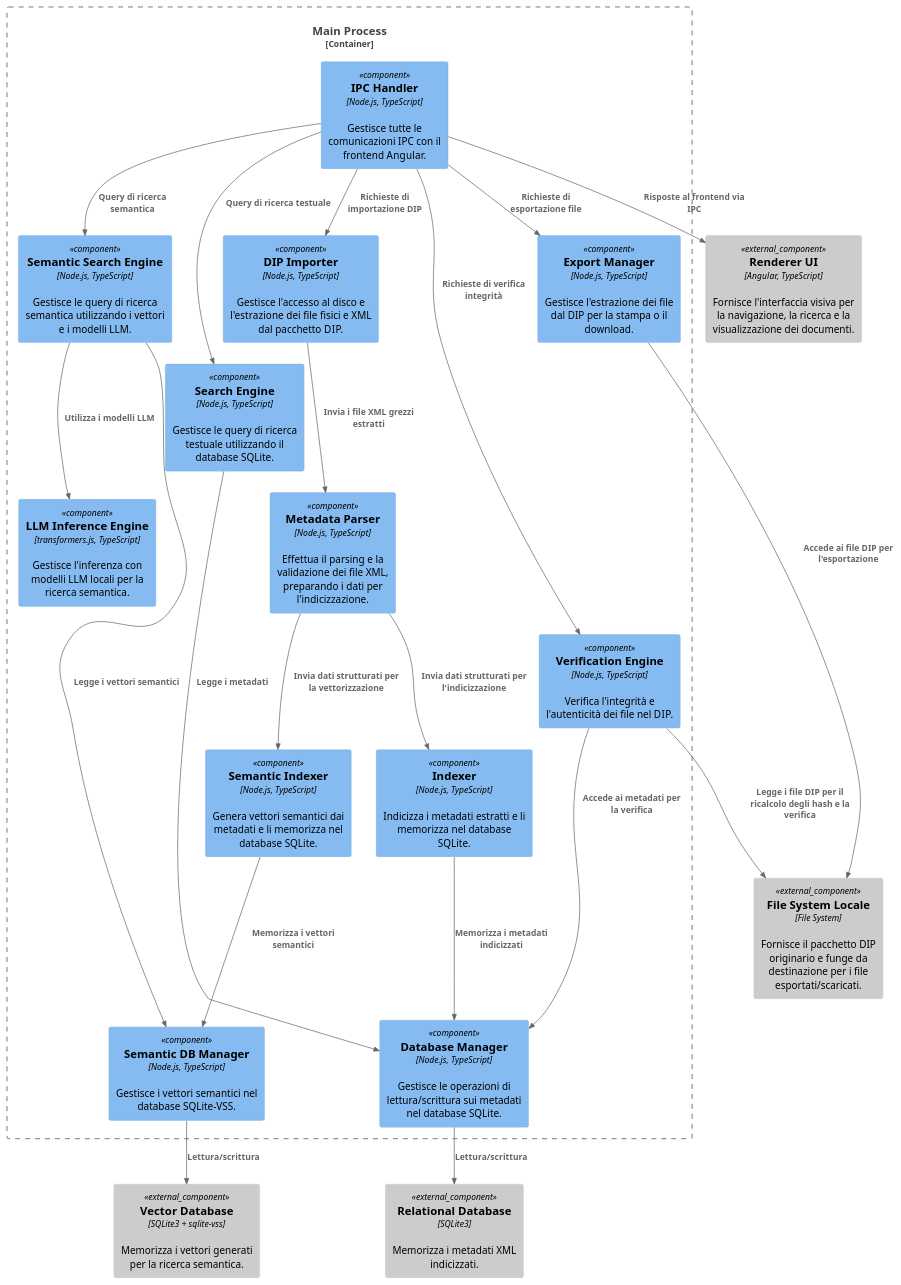
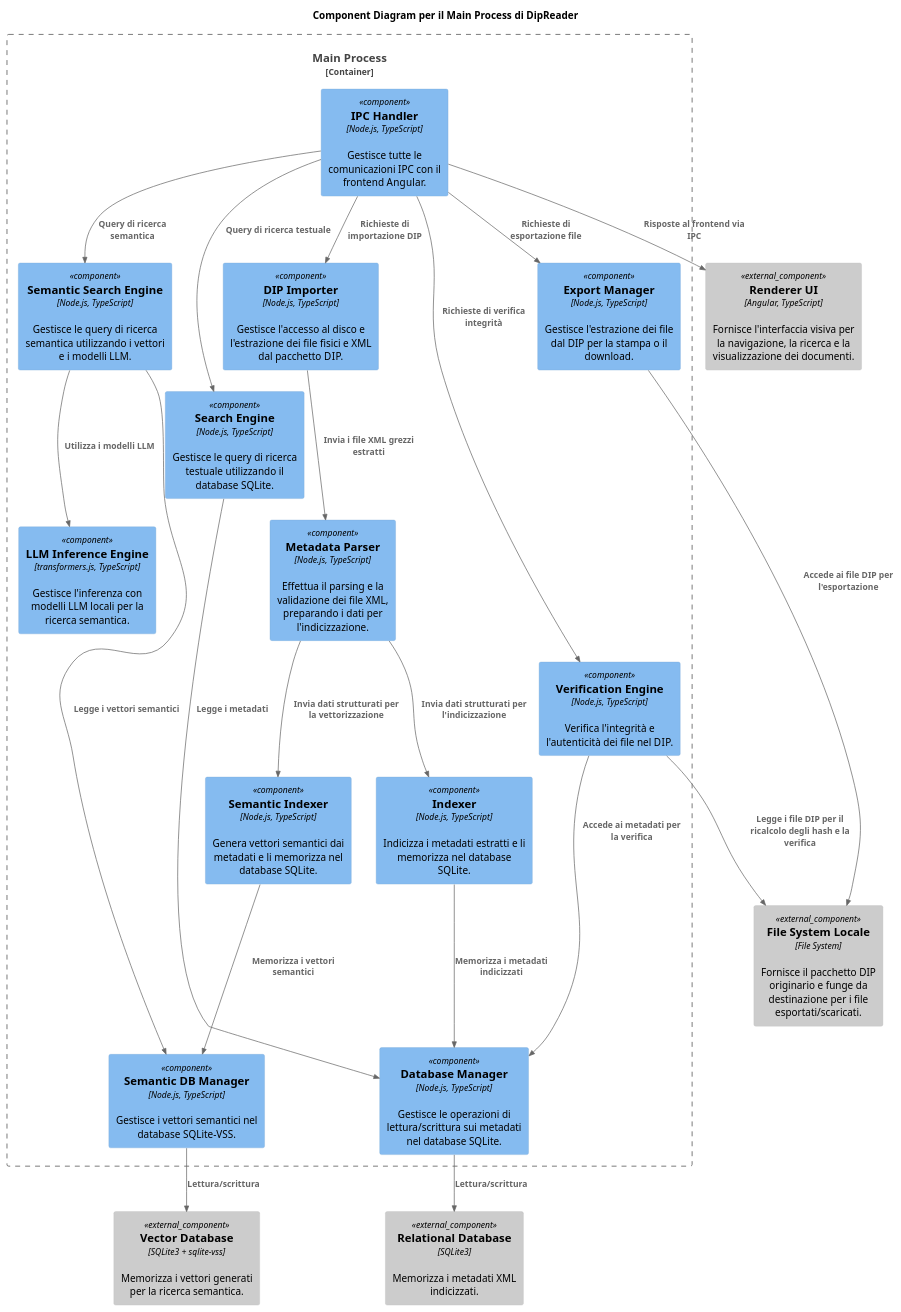
The diagram in 3_PB/SpecificaTecnica/c3_1.puml (7-ZPUs/Docs), drawn with PlantUML before and after one commit. The commit also changed 2 other files, not shown here.

Commit message:
Angular Diagram

```diff
--- a/3_PB/SpecificaTecnica/c3_1.puml
+++ b/3_PB/SpecificaTecnica/c3_1.puml
@@ -1,45 +1,46 @@
 @startuml
 !include https://raw.githubusercontent.com/plantuml-stdlib/C4-PlantUML/master/C4_Component.puml
+title Component Diagram per il Main Process di DipReader
 
 Component_Ext(filesystem, "File System Locale", "File System", "Fornisce il pacchetto DIP originario e funge da destinazione per i file esportati/scaricati.")
 Component_Ext(sqlite, "Relational Database", "SQLite3", "Memorizza i metadati XML indicizzati.")
 Component_Ext(sqlite_vss, "Vector Database", "SQLite3 + sqlite-vss", "Memorizza i vettori generati per la ricerca semantica.")
 Component_Ext(renderer, "Renderer UI", "Angular, TypeScript", "Fornisce l'interfaccia visiva per la navigazione, la ricerca e la visualizzazione dei documenti.")
 
 Container_Boundary(main, "Main Process") {
     Component(ipc_handler, "IPC Handler", "Node.js, TypeScript", "Gestisce tutte le comunicazioni IPC con il frontend Angular.")
     Component(dip_importer, "DIP Importer", "Node.js, TypeScript", "Gestisce l'accesso al disco e l'estrazione dei file fisici e XML dal pacchetto DIP.")
     Component(metadata_parser, "Metadata Parser", "Node.js, TypeScript", "Effettua il parsing e la validazione dei file XML, preparando i dati per l'indicizzazione.")
     Component(indexer, "Indexer", "Node.js, TypeScript", "Indicizza i metadati estratti e li memorizza nel database SQLite.")
     Component(semantic_indexer, "Semantic Indexer", "Node.js, TypeScript", "Genera vettori semantici dai metadati e li memorizza nel database SQLite.")
     Component(search_engine, "Search Engine", "Node.js, TypeScript", "Gestisce le query di ricerca testuale utilizzando il database SQLite.")
     Component(sema_search_engine, "Semantic Search Engine", "Node.js, TypeScript", "Gestisce le query di ricerca semantica utilizzando i vettori e i modelli LLM.")
     Component(verification_engine, "Verification Engine", "Node.js, TypeScript", "Verifica l'integrità e l'autenticità dei file nel DIP.")
     Component(export_manager, "Export Manager", "Node.js, TypeScript", "Gestisce l'estrazione dei file dal DIP per la stampa o il download.")
     Component(dbManager, "Database Manager", "Node.js, TypeScript", "Gestisce le operazioni di lettura/scrittura sui metadati nel database SQLite.")
     Component(sema_dbManager, "Semantic DB Manager", "Node.js, TypeScript", "Gestisce i vettori semantici nel database SQLite-VSS.")
     Component(llm_inference, "LLM Inference Engine", "transformers.js, TypeScript", "Gestisce l'inferenza con modelli LLM locali per la ricerca semantica.")
 }
 
 Rel(ipc_handler, dip_importer, "Richieste di importazione DIP")
 Rel(ipc_handler, search_engine, "Query di ricerca testuale")
 Rel(ipc_handler, sema_search_engine, "Query di ricerca semantica")
 Rel(ipc_handler, verification_engine, "Richieste di verifica integrità")
 Rel(ipc_handler, export_manager, "Richieste di esportazione file")
 Rel(ipc_handler, renderer, "Risposte al frontend via IPC")
 Rel(dip_importer, metadata_parser, "Invia i file XML grezzi estratti")
 Rel(metadata_parser, indexer, "Invia dati strutturati per l'indicizzazione")
 Rel(metadata_parser, semantic_indexer, "Invia dati strutturati per la vettorizzazione")
 Rel(indexer, dbManager, "Memorizza i metadati indicizzati")
 Rel(semantic_indexer, sema_dbManager, "Memorizza i vettori semantici")
 Rel(search_engine, dbManager, "Legge i metadati")
 Rel(sema_search_engine, sema_dbManager, "Legge i vettori semantici")
 Rel(sema_search_engine, llm_inference, "Utilizza i modelli LLM")
 Rel(dbManager, sqlite, "Lettura/scrittura")
 Rel(sema_dbManager, sqlite_vss, "Lettura/scrittura")
 Rel(verification_engine, dbManager, "Accede ai metadati per la verifica")
 Rel(export_manager, filesystem, "Accede ai file DIP per l'esportazione")
 Rel(verification_engine, filesystem, "Legge i file DIP per il ricalcolo degli hash e la verifica")
 
 
 @enduml
```
